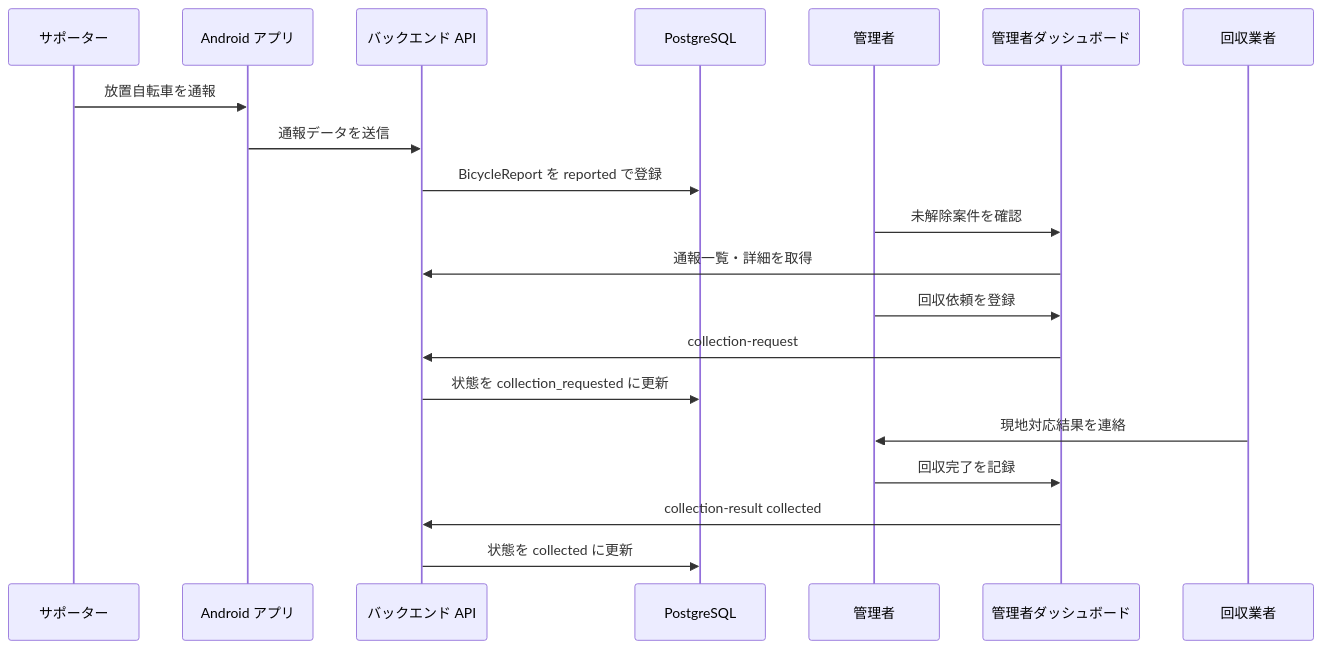
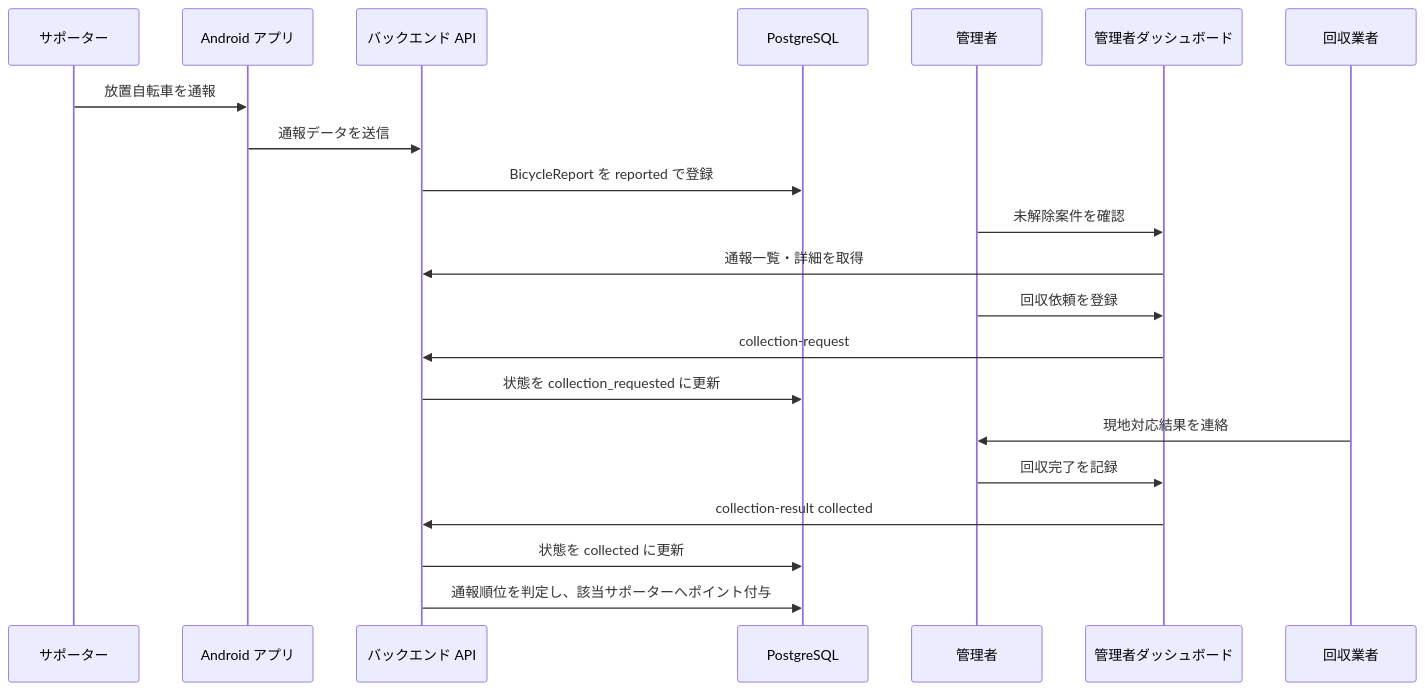
One commit to fjmrytfjsn/NO-Houchi-Bicycle-Net changed the fifth of 6 diagrams in docs/design/basic-design.md. Above: the diagram before and after it, drawn with Mermaid. The commit also changed other lines of this file and 7 other files, not shown here.

````diff
--- a/docs/design/basic-design.md
+++ b/docs/design/basic-design.md
@@ -253,23 +256,24 @@
 ```mermaid
 sequenceDiagram
   participant S as サポーター
   participant A as Android アプリ
   participant API as バックエンド API
   participant DB as PostgreSQL
   participant Admin as 管理者
   participant D as 管理者ダッシュボード
   participant C as 回収業者
 
   S->>A: 放置自転車を通報
   A->>API: 通報データを送信
   API->>DB: BicycleReport を reported で登録
   Admin->>D: 未解除案件を確認
   D->>API: 通報一覧・詳細を取得
   Admin->>D: 回収依頼を登録
   D->>API: collection-request
   API->>DB: 状態を collection_requested に更新
   C->>Admin: 現地対応結果を連絡
   Admin->>D: 回収完了を記録
   D->>API: collection-result collected
   API->>DB: 状態を collected に更新
+  API->>DB: 通報順位を判定し、該当サポーターへポイント付与
 ```
````
